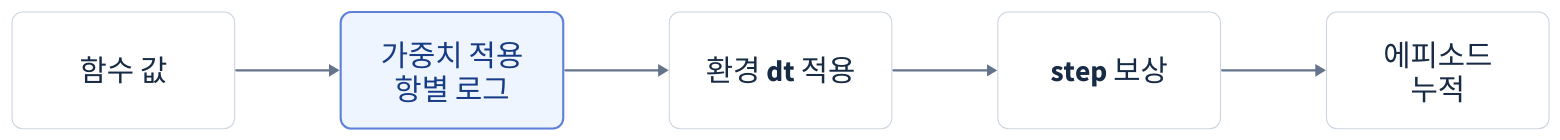
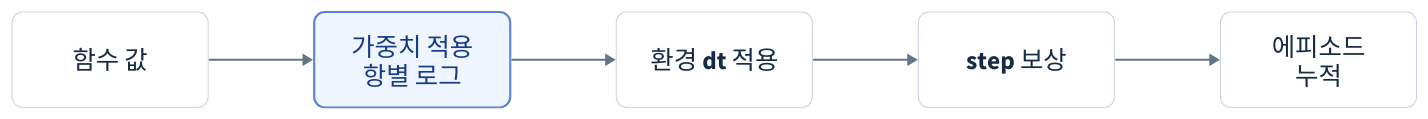
Before and after one commit to fortex66/physical-ai-training: the diagram in learning-notes/reinforcement-learning/diagrams/05-reward-accounting.d2, drawn with D2. The commit also changed 42 other files, not shown here.

Commit message:
docs: add lesson 22 action-space review and compact D2 diagrams

```diff
--- a/learning-notes/reinforcement-learning/diagrams/05-reward-accounting.d2
+++ b/learning-notes/reinforcement-learning/diagrams/05-reward-accounting.d2
@@ -1,24 +1,24 @@
 direction: down
 classes: {
   box: {
-    width: 210
-    height: 110
-    style: {font-size: 28; font-color: "#172B45"; fill: "#FFFFFF"; stroke: "#CBD5E1"; stroke-width: 1; border-radius: 10}
+    width: 185
+    height: 90
+    style: {font-size: 24; font-color: "#172B45"; fill: "#FFFFFF"; stroke: "#CBD5E1"; stroke-width: 1; border-radius: 10}
   }
   focus: {
-    width: 210
-    height: 110
-    style: {font-size: 28; font-color: "#173C86"; fill: "#EFF5FF"; stroke: "#5D81D9"; stroke-width: 2; border-radius: 10}
+    width: 185
+    height: 90
+    style: {font-size: 24; font-color: "#173C86"; fill: "#EFF5FF"; stroke: "#5D81D9"; stroke-width: 2; border-radius: 10}
   }
 }
 *.class: box
-*.style.font-size: 28
+*.style.font-size: 24
 (* -> *)[*].style.stroke: "#64748B"
 (* -> *)[*].style.stroke-width: 2
 direction: right
 raw: 함수 값
 weight: "가중치 적용\n항별 로그" {class: focus}
 time: 환경 dt 적용
 rew: step 보상
 sum: "에피소드\n누적"
 raw -> weight -> time -> rew -> sum
```
